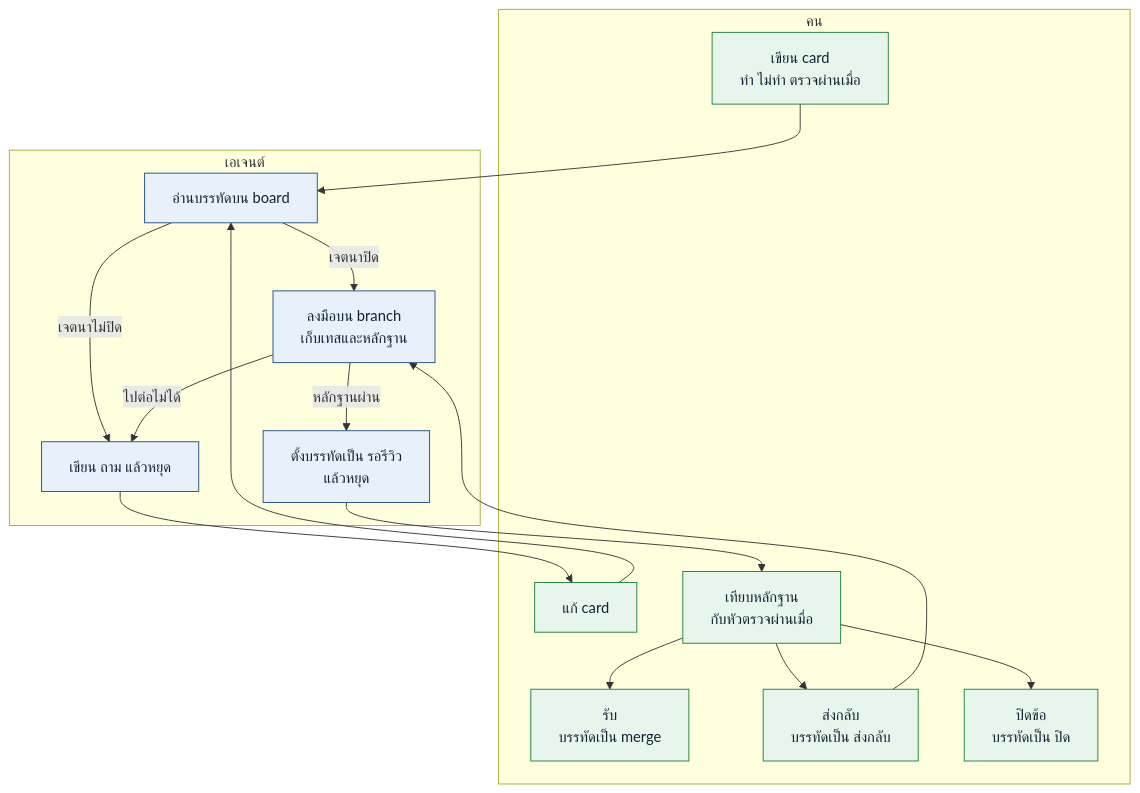
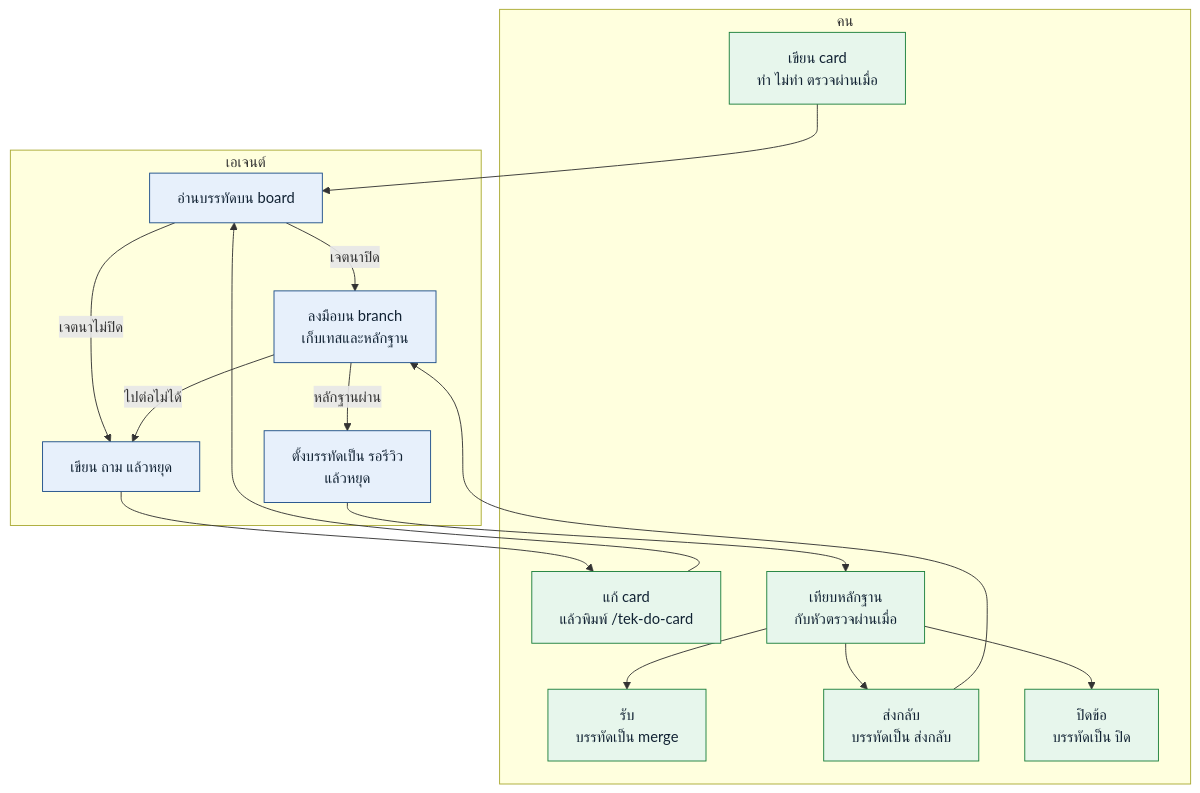
The diagram in README.md (thitinan147/jtek-skill), drawn with Mermaid before and after one commit. The commit also changed other lines of this file and 1 other file, not shown here.

First line of the commit message:
feat: keep the first-run path inside the do-card command

````diff
--- a/README.md
+++ b/README.md
@@ -51,35 +51,35 @@
 ```mermaid
 flowchart TD
   subgraph person ["คน"]
     card["เขียน card<br/>ทำ ไม่ทำ ตรวจผ่านเมื่อ"]
-    edit["แก้ card"]
+    edit["แก้ card<br/>แล้วพิมพ์ /tek-do-card"]
     look["เทียบหลักฐาน<br/>กับหัวตรวจผ่านเมื่อ"]
     done["รับ<br/>บรรทัดเป็น merge"]
     back["ส่งกลับ<br/>บรรทัดเป็น ส่งกลับ"]
     drop["ปิดข้อ<br/>บรรทัดเป็น ปิด"]
   end
 
   subgraph agent ["เอเจนต์"]
     line["อ่านบรรทัดบน board"]
     ask["เขียน ถาม แล้วหยุด"]
     work["ลงมือบน branch<br/>เก็บเทสและหลักฐาน"]
     wait["ตั้งบรรทัดเป็น รอรีวิว<br/>แล้วหยุด"]
   end
 
   card --> line
   line -->|เจตนาไม่ปิด| ask
   ask --> edit --> line
   line -->|เจตนาปิด| work
   work -->|ไปต่อไม่ได้| ask
   work -->|หลักฐานผ่าน| wait
   wait --> look
   look --> done
   look --> back
   look --> drop
   back --> work
 
   classDef human fill:#e7f6ec,stroke:#1b7f3b,color:#123
   classDef bot fill:#e7f0fb,stroke:#1d4e89,color:#123
   class card,edit,look,done,back,drop human
   class line,ask,work,wait bot
 ```
````
